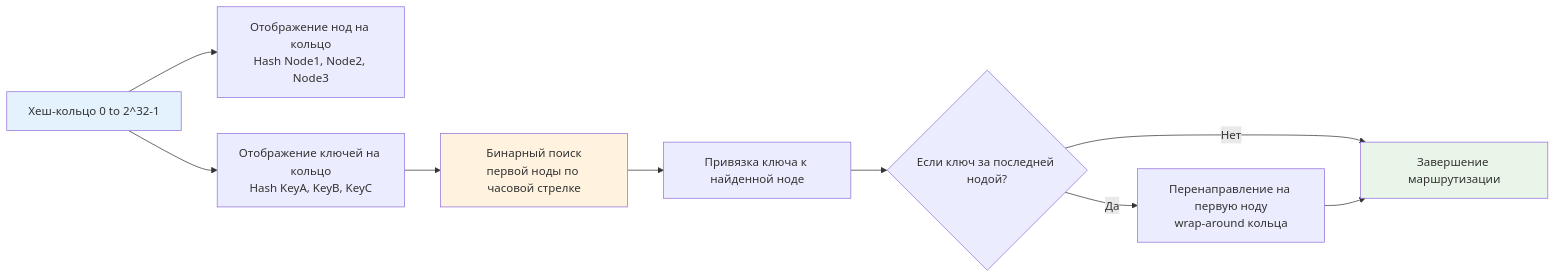
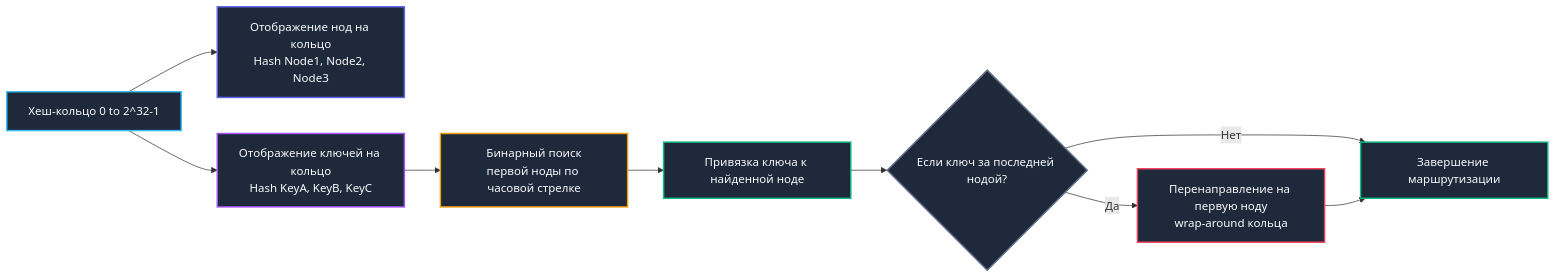
The first of 2 diagrams in sources/20. Алгоритмы и структуры данных (DSA) на Go/14. Практические паттерны/3. Consistent hashing.md (UnrealTemplier/go-textbook), drawn with Mermaid before and after one commit. The commit also changed other lines of this file, not shown here.

````diff
--- a/sources/20. Алгоритмы и структуры данных (DSA) на Go/14. Практические паттерны/3. Consistent hashing.md
+++ b/sources/20. Алгоритмы и структуры данных (DSA) на Go/14. Практические паттерны/3. Consistent hashing.md
@@ -17,15 +22,20 @@
 ```mermaid
 flowchart LR
-    Ring["Хеш-кольцо 0 to 2^32-1"] --> Map["Отображение нод на кольцо<br>Hash Node1, Node2, Node3"]
-    Ring --> KeyMap["Отображение ключей на кольцо<br>Hash KeyA, KeyB, KeyC"]
-    KeyMap --> Search["Бинарный поиск<br>первой ноды по часовой стрелке"]
+    Ring["Хеш-кольцо 0 to 2^32-1"] --> Map["Отображение нод на кольцо<br/>Hash Node1, Node2, Node3"]
+    Ring --> KeyMap["Отображение ключей на кольцо<br/>Hash KeyA, KeyB, KeyC"]
+    KeyMap --> Search["Бинарный поиск<br/>первой ноды по часовой стрелке"]
     Search --> Assign["Привязка ключа к найденной ноде"]
     Assign --> Wrap{"Если ключ за последней нодой?"}
-    Wrap -->|Да| First["Перенаправление на первую ноду<br>wrap-around кольца"]
+    Wrap -->|Да| First["Перенаправление на первую ноду<br/>wrap-around кольца"]
     Wrap -->|Нет| Done["Завершение маршрутизации"]
     First --> Done
 
-    style Ring fill:#e3f2fd
-    style Search fill:#fff3e0
-    style Done fill:#e8f5e8
+    style Ring fill:#1e293b,stroke:#38bdf8,stroke-width:2px,color:#f8fafc
+    style Map fill:#1e293b,stroke:#6366f1,stroke-width:2px,color:#f8fafc
+    style KeyMap fill:#1e293b,stroke:#a855f7,stroke-width:2px,color:#f8fafc
+    style Search fill:#1e293b,stroke:#f59e0b,stroke-width:2px,color:#f8fafc
+    style Assign fill:#1e293b,stroke:#10b981,stroke-width:2px,color:#f8fafc
+    style Wrap fill:#1e293b,stroke:#64748b,stroke-width:2px,color:#f8fafc
+    style First fill:#1e293b,stroke:#f43f5e,stroke-width:2px,color:#f8fafc
+    style Done fill:#1e293b,stroke:#10b981,stroke-width:2px,color:#f8fafc
 ```
````
